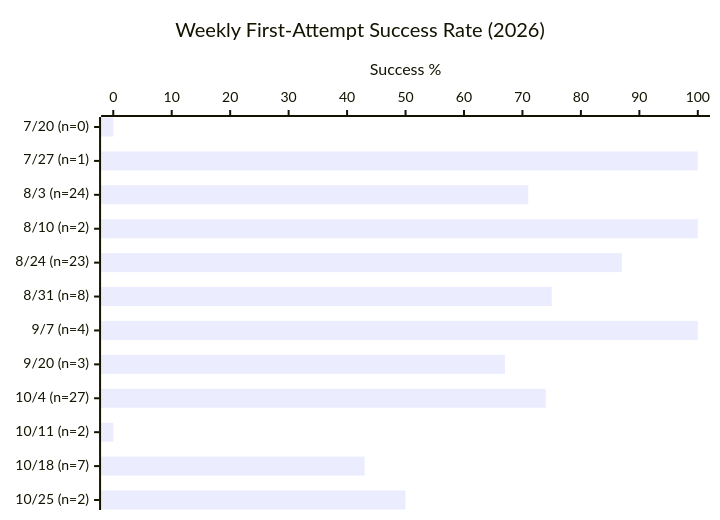
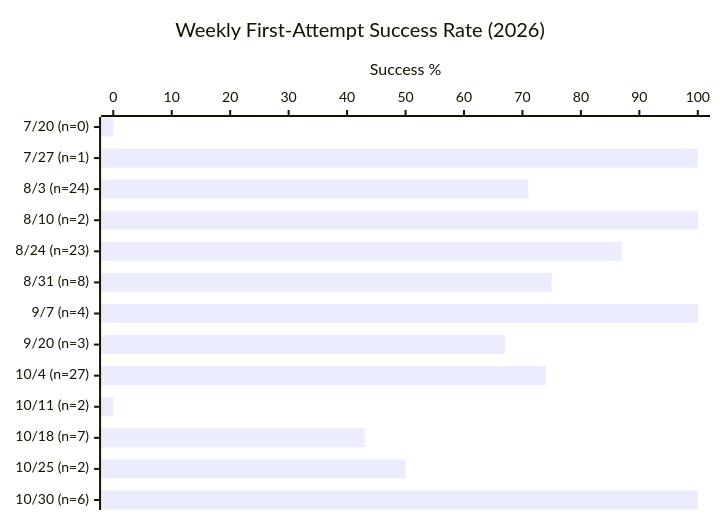
Before and after one commit to Bhavy-Ranka/patina: the first of 3 diagrams in EVAL.md, drawn with Mermaid. The commit also changed other lines of this file and 1 other file, not shown here.

````diff
--- a/EVAL.md
+++ b/EVAL.md
@@ -100,7 +102,7 @@
 ```mermaid
 xychart-beta horizontal
     title "Weekly First-Attempt Success Rate (2026)"
-    x-axis ["7/20 (n=0)", "7/27 (n=1)", "8/3 (n=24)", "8/10 (n=2)", "8/24 (n=23)", "8/31 (n=8)", "9/7 (n=4)", "9/20 (n=3)", "10/4 (n=27)", "10/11 (n=2)", "10/18 (n=7)", "10/25 (n=2)"]
+    x-axis ["7/20 (n=0)", "7/27 (n=1)", "8/3 (n=24)", "8/10 (n=2)", "8/24 (n=23)", "8/31 (n=8)", "9/7 (n=4)", "9/20 (n=3)", "10/4 (n=27)", "10/11 (n=2)", "10/18 (n=7)", "10/25 (n=2)", "10/30 (n=6)"]
     y-axis "Success %" 0 --> 100
-    bar [0, 100, 71, 100, 87, 75, 100, 67, 74, 0, 43, 50]
+    bar [0, 100, 71, 100, 87, 75, 100, 67, 74, 0, 43, 50, 100]
 ```
````
